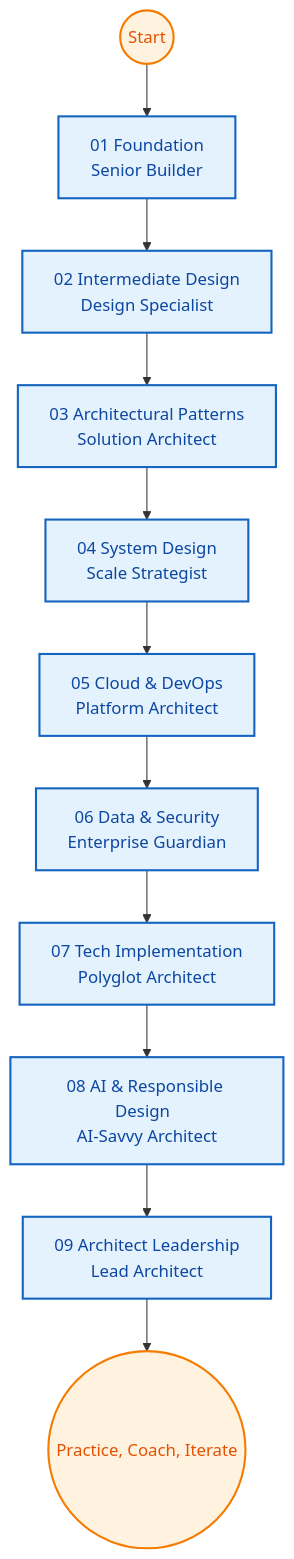
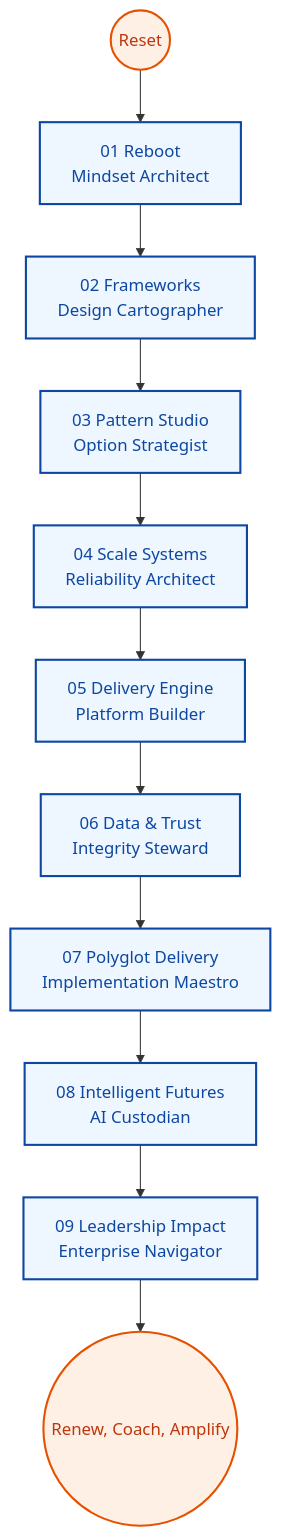
Before and after one commit to Swamy-s-Tech-Skills-Academy/swamy-tech-skills-academy-main: the diagram in 01_LeadArchitect-Learning/ReadMeV2.md, drawn with Mermaid. The commit also changed other lines of this file, not shown here.

Commit message:
Rename and restructure Lead Architect playbook to enhance clarity and focus on reimagining pathways for enterprise architecture ownership

````diff
--- a/01_LeadArchitect-Learning/ReadMeV2.md
+++ b/01_LeadArchitect-Learning/ReadMeV2.md
@@ -29,8 +28,8 @@
 ```mermaid
 flowchart TB
-    classDef phase fill:#e3f2fd,stroke:#1565c0,stroke-width:2px,color:#0d47a1
-    classDef support fill:#fff3e0,stroke:#f57c00,stroke-width:2px,color:#e65100
-    S((Start)):::support --> P1[01 Foundation  \nSenior Builder]:::phase --> P2[02 Intermediate Design  \nDesign Specialist]:::phase --> P3[03 Architectural Patterns  \nSolution Architect]:::phase
-    P3 --> P4[04 System Design  \nScale Strategist]:::phase --> P5[05 Cloud & DevOps  \nPlatform Architect]:::phase --> P6[06 Data & Security  \nEnterprise Guardian]:::phase
-    P6 --> P7[07 Tech Implementation  \nPolyglot Architect]:::phase --> P8[08 AI & Responsible Design  \nAI-Savvy Architect]:::phase --> P9[09 Architect Leadership  \nLead Architect]:::phase --> C((Practice, Coach, Iterate)):::support
+    classDef phase fill:#eef7ff,stroke:#0d47a1,stroke-width:2px,color:#0d47a1
+    classDef support fill:#fff0e6,stroke:#e65100,stroke-width:2px,color:#bf360c
+    S((Reset)):::support --> P1[01 Reboot  \nMindset Architect]:::phase --> P2[02 Frameworks  \nDesign Cartographer]:::phase --> P3[03 Pattern Studio  \nOption Strategist]:::phase
+    P3 --> P4[04 Scale Systems  \nReliability Architect]:::phase --> P5[05 Delivery Engine  \nPlatform Builder]:::phase --> P6[06 Data & Trust  \nIntegrity Steward]:::phase
+    P6 --> P7[07 Polyglot Delivery  \nImplementation Maestro]:::phase --> P8[08 Intelligent Futures  \nAI Custodian]:::phase --> P9[09 Leadership Impact  \nEnterprise Navigator]:::phase --> C((Renew, Coach, Amplify)):::support
 ```
````
